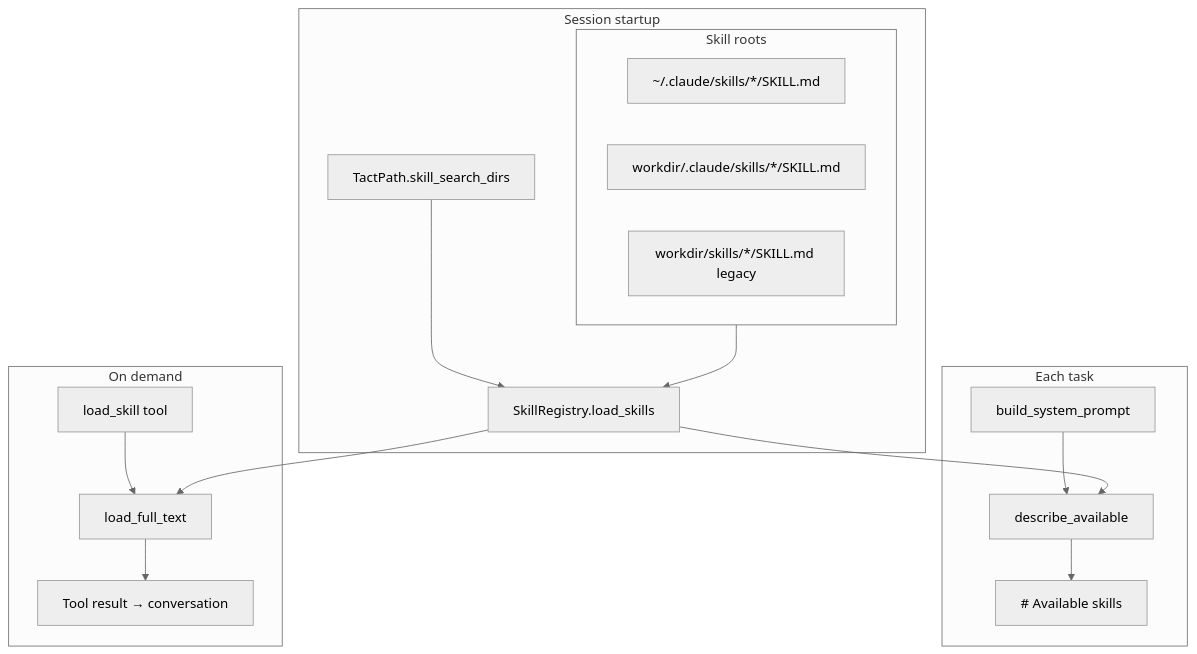
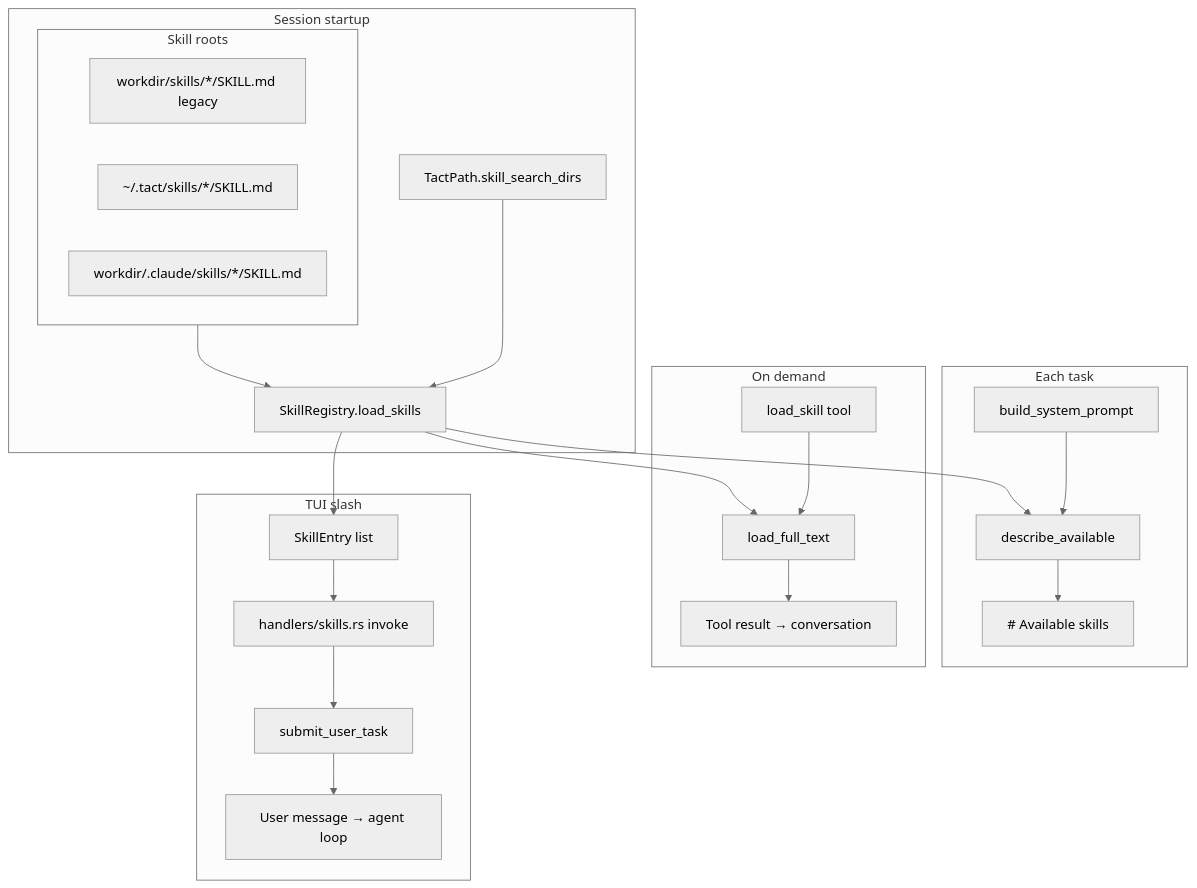
The diagram in book/02_chapter_skill.md (rust-infra/tact), drawn with Mermaid (neutral theme) before and after one commit. The commit also changed other lines of this file and 43 other files, not shown here.

````diff
--- a/book/02_chapter_skill.md
+++ b/book/02_chapter_skill.md
@@ -25,32 +25,42 @@
 ```mermaid
 graph TB
     subgraph Disk["Skill roots"]
-        U["~/.claude/skills/*/SKILL.md"]
+        L["workdir/skills/*/SKILL.md legacy"]
+        U["~/.tact/skills/*/SKILL.md"]
         P["workdir/.claude/skills/*/SKILL.md"]
-        L["workdir/skills/*/SKILL.md legacy"]
     end
 
     subgraph Startup["Session startup"]
         TP[TactPath.skill_search_dirs]
         SR[SkillRegistry.load_skills]
         TP --> SR
         Disk --> SR
     end
 
     subgraph Prompt["Each task"]
         BSP[build_system_prompt]
         DA[describe_available]
         BSP --> DA
         DA --> SP["# Available skills"]
     end
 
     subgraph Tool["On demand"]
         LS[load_skill tool]
         LFT[load_full_text]
         LS --> LFT
         LFT --> Ctx["Tool result → conversation"]
     end
 
+    subgraph Tui["TUI slash"]
+        SE[SkillEntry list]
+        INV[handlers/skills.rs invoke]
+        SUB[submit_user_task]
+        SE --> INV
+        INV --> SUB
+        SUB --> UserMsg["User message → agent loop"]
+    end
+
     SR --> DA
     SR --> LFT
+    SR --> SE
 ```
````
